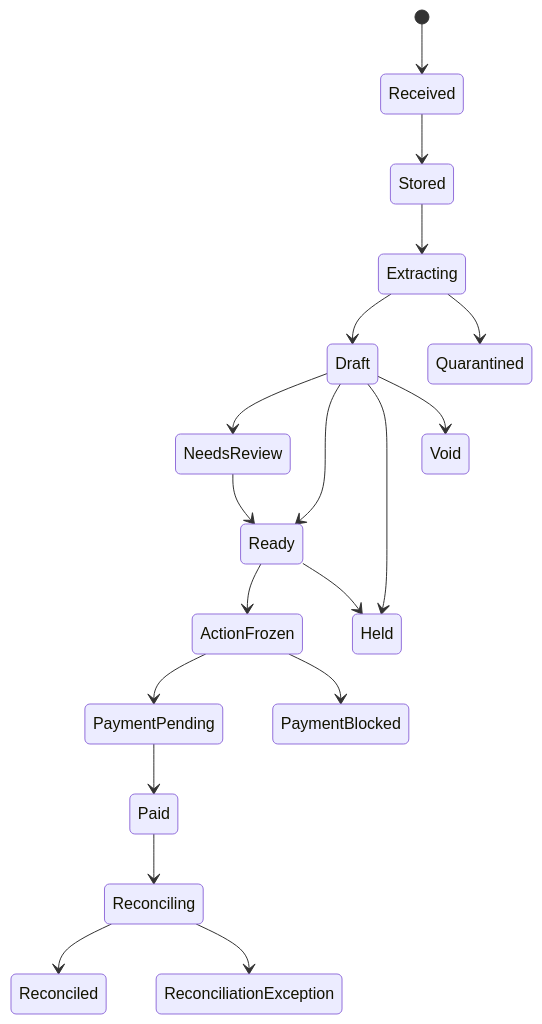
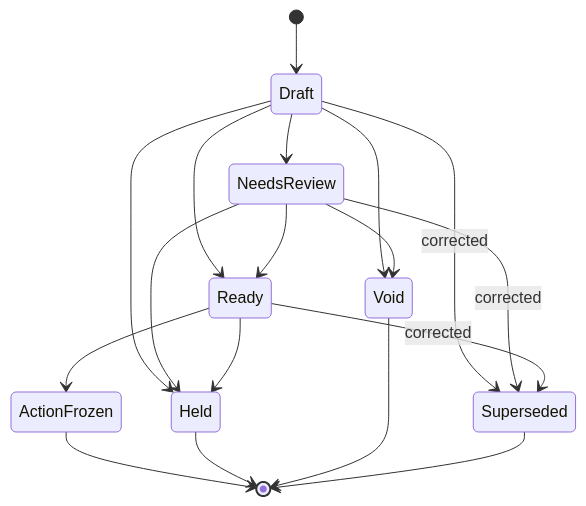
The third of 4 diagrams in docs/architecture/SYSTEM-ARCHITECTURE.md (Lyons800/remit), drawn with Mermaid before and after one commit. The commit also changed other lines of this file and 22 other files, not shown here.

Commit message:
docs(architecture): harden agentic invoice operations

````diff
--- a/docs/architecture/SYSTEM-ARCHITECTURE.md
+++ b/docs/architecture/SYSTEM-ARCHITECTURE.md
@@ -352,21 +429,20 @@
 ```mermaid
 stateDiagram-v2
-  [*] --> Received
-  Received --> Stored
-  Stored --> Extracting
-  Extracting --> Draft
-  Extracting --> Quarantined
+  [*] --> Draft
   Draft --> NeedsReview
   Draft --> Ready
+  Draft --> Held
+  Draft --> Void
   NeedsReview --> Ready
+  NeedsReview --> Held
+  NeedsReview --> Void
   Ready --> ActionFrozen
-  ActionFrozen --> PaymentPending
-  ActionFrozen --> PaymentBlocked
-  PaymentPending --> Paid
-  Paid --> Reconciling
-  Reconciling --> Reconciled
-  Reconciling --> ReconciliationException
-  Draft --> Held
   Ready --> Held
-  Draft --> Void
+  Draft --> Superseded: corrected
+  NeedsReview --> Superseded: corrected
+  Ready --> Superseded: corrected
+  ActionFrozen --> [*]
+  Held --> [*]
+  Void --> [*]
+  Superseded --> [*]
 ```
````
